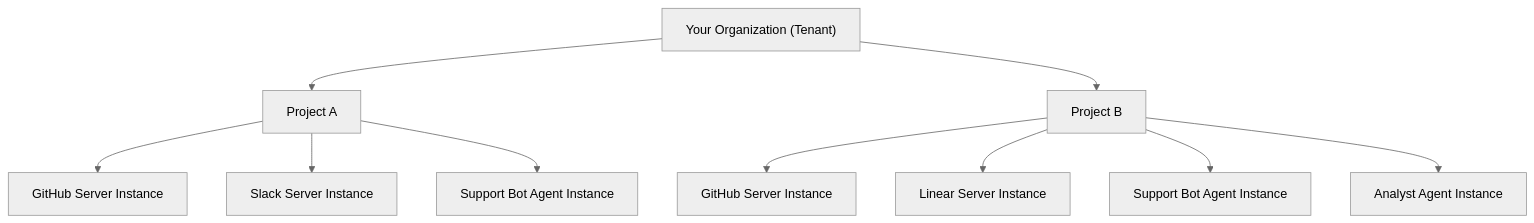
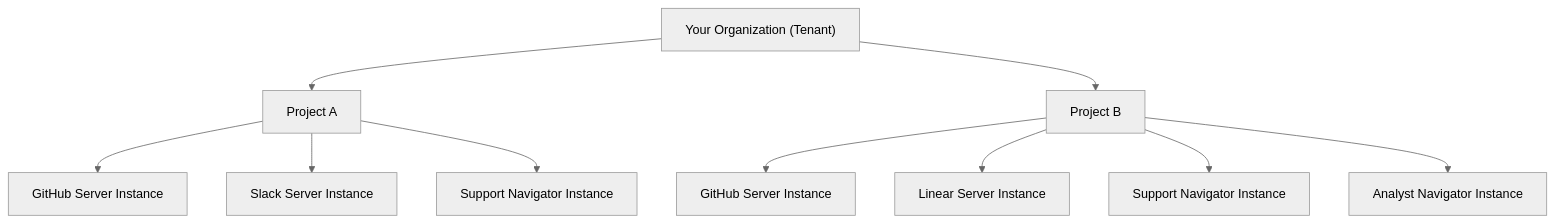
Before and after one commit to caylex-ai/caylex-developer-docs: the diagram in core-concepts.mdx, drawn with Mermaid (neutral theme). The commit also changed other lines of this file and 23 other files, not shown here.

First line of the commit message:
Rename Proxy to Navigator, Agent Instance to Navigator Instance across all docs

````diff
--- a/core-concepts.mdx
+++ b/core-concepts.mdx
@@ -84,15 +84,15 @@
 ```mermaid
 graph TD
     Tenant["Your Organization (Tenant)"]
     Tenant --> ProjectA["Project A"]
     Tenant --> ProjectB["Project B"]
 
     ProjectA --> SI_A1["GitHub Server Instance"]
     ProjectA --> SI_A2["Slack Server Instance"]
-    ProjectA --> AI_A1["Support Bot Agent Instance"]
+    ProjectA --> NI_A1["Support Navigator Instance"]
 
     ProjectB --> SI_B1["GitHub Server Instance"]
     ProjectB --> SI_B2["Linear Server Instance"]
-    ProjectB --> AI_B1["Support Bot Agent Instance"]
-    ProjectB --> AI_B2["Analyst Agent Instance"]
+    ProjectB --> NI_B1["Support Navigator Instance"]
+    ProjectB --> NI_B2["Analyst Navigator Instance"]
 ```
````
